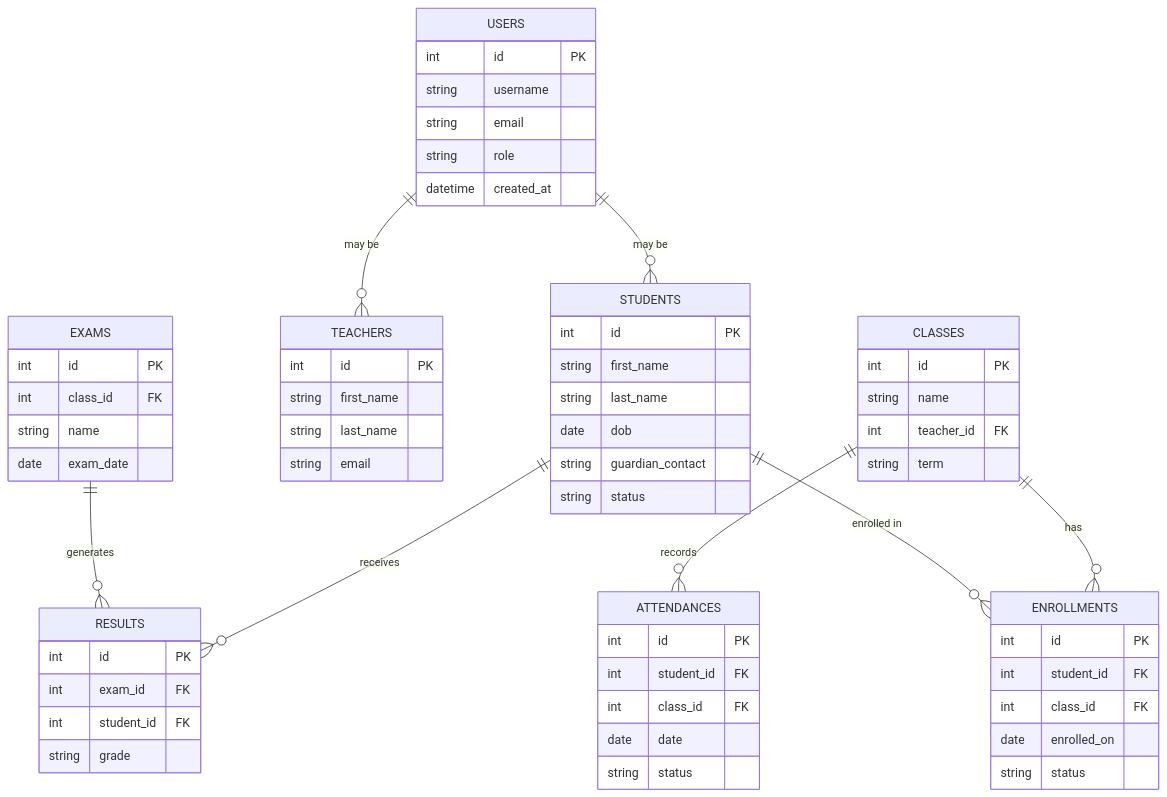
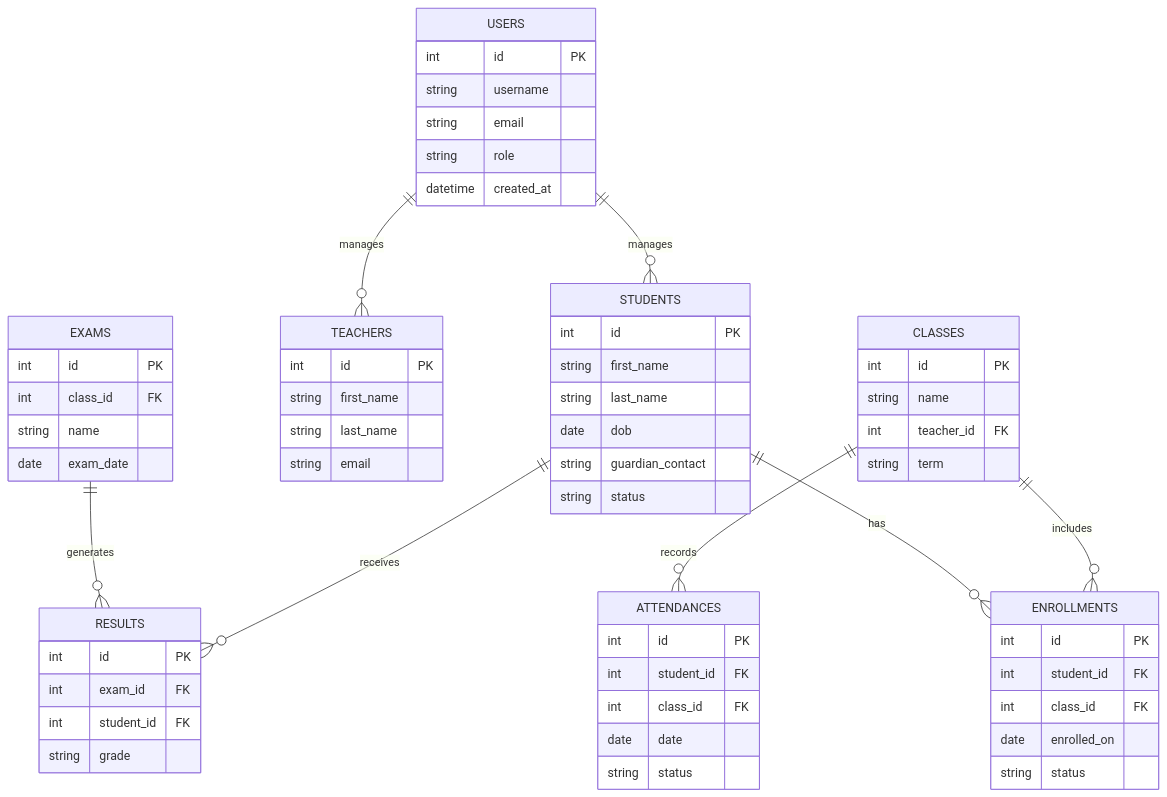
The second of 3 diagrams in README.md (ashwanik0777/school-management), drawn with Mermaid before and after one commit. The commit also changed other lines of this file, not shown here.

````diff
--- a/README.md
+++ b/README.md
@@ -319,64 +319,64 @@
 ```mermaid
 erDiagram
   USERS {
     int id PK
     string username
     string email
     string role
     datetime created_at
   }
   STUDENTS {
     int id PK
     string first_name
     string last_name
     date dob
     string guardian_contact
     string status
   }
   TEACHERS {
     int id PK
     string first_name
     string last_name
     string email
   }
   CLASSES {
     int id PK
     string name
     int teacher_id FK
     string term
   }
   ENROLLMENTS {
     int id PK
     int student_id FK
     int class_id FK
     date enrolled_on
     string status
   }
   ATTENDANCES {
     int id PK
     int student_id FK
     int class_id FK
     date date
     string status
   }
   EXAMS {
     int id PK
     int class_id FK
     string name
     date exam_date
   }
   RESULTS {
     int id PK
     int exam_id FK
     int student_id FK
     string grade
   }
 
-  USERS ||--o{ STUDENTS : "may be"
-  USERS ||--o{ TEACHERS : "may be"
-  STUDENTS ||--o{ ENROLLMENTS : "enrolled in"
-  CLASSES ||--o{ ENROLLMENTS : "has"
-  CLASSES ||--o{ ATTENDANCES : "records"
-  EXAMS ||--o{ RESULTS : "generates"
-  STUDENTS ||--o{ RESULTS : "receives"
+  USERS ||--o{ STUDENTS : manages
+  USERS ||--o{ TEACHERS : manages
+  STUDENTS ||--o{ ENROLLMENTS : has
+  CLASSES ||--o{ ENROLLMENTS : includes
+  CLASSES ||--o{ ATTENDANCES : records
+  EXAMS ||--o{ RESULTS : generates
+  STUDENTS ||--o{ RESULTS : receives
 ```
````
